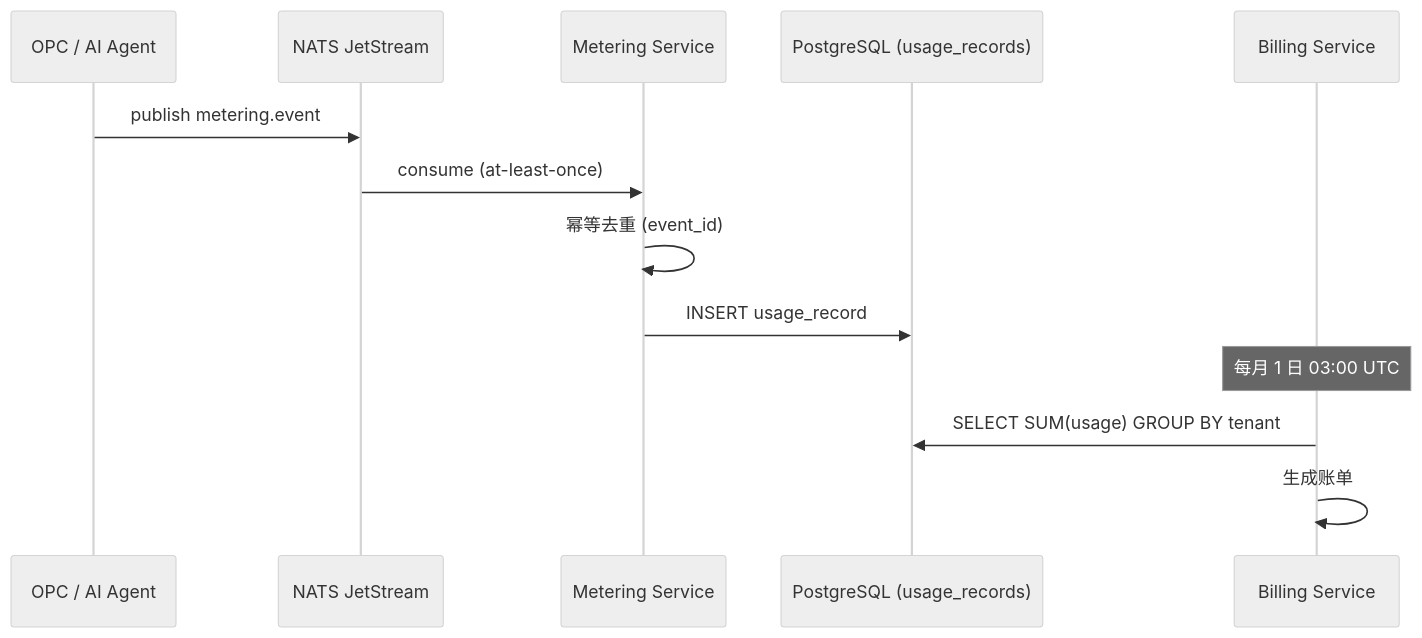
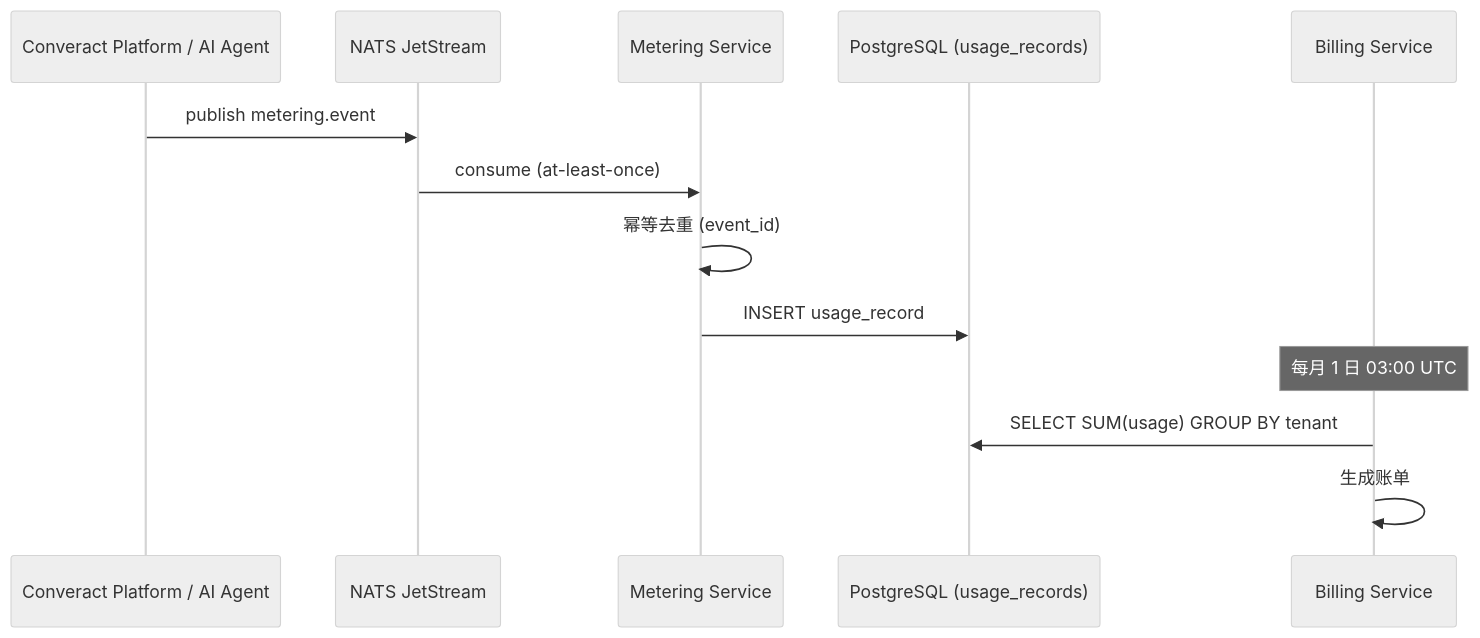
Before and after one commit to songgoldenwind-crypto/converact-platform: the first of 3 diagrams in docs/design/metrics-design.md, drawn with Mermaid (neutral theme). The commit also changed other lines of this file and 1807 other files, not shown here.

````diff
--- a/docs/design/metrics-design.md
+++ b/docs/design/metrics-design.md
@@ -166,16 +166,16 @@
 ```mermaid
 sequenceDiagram
-    participant Svc as OPC / AI Agent
+    participant Svc as Converact Platform / AI Agent
     participant NATS as NATS JetStream
     participant Meter as Metering Service
     participant PG as PostgreSQL (usage_records)
     participant Billing as Billing Service
 
     Svc->>NATS: publish metering.event
     NATS->>Meter: consume (at-least-once)
     Meter->>Meter: 幂等去重 (event_id)
     Meter->>PG: INSERT usage_record
     Note over Billing: 每月 1 日 03:00 UTC
     Billing->>PG: SELECT SUM(usage) GROUP BY tenant
     Billing->>Billing: 生成账单
 ```
````
